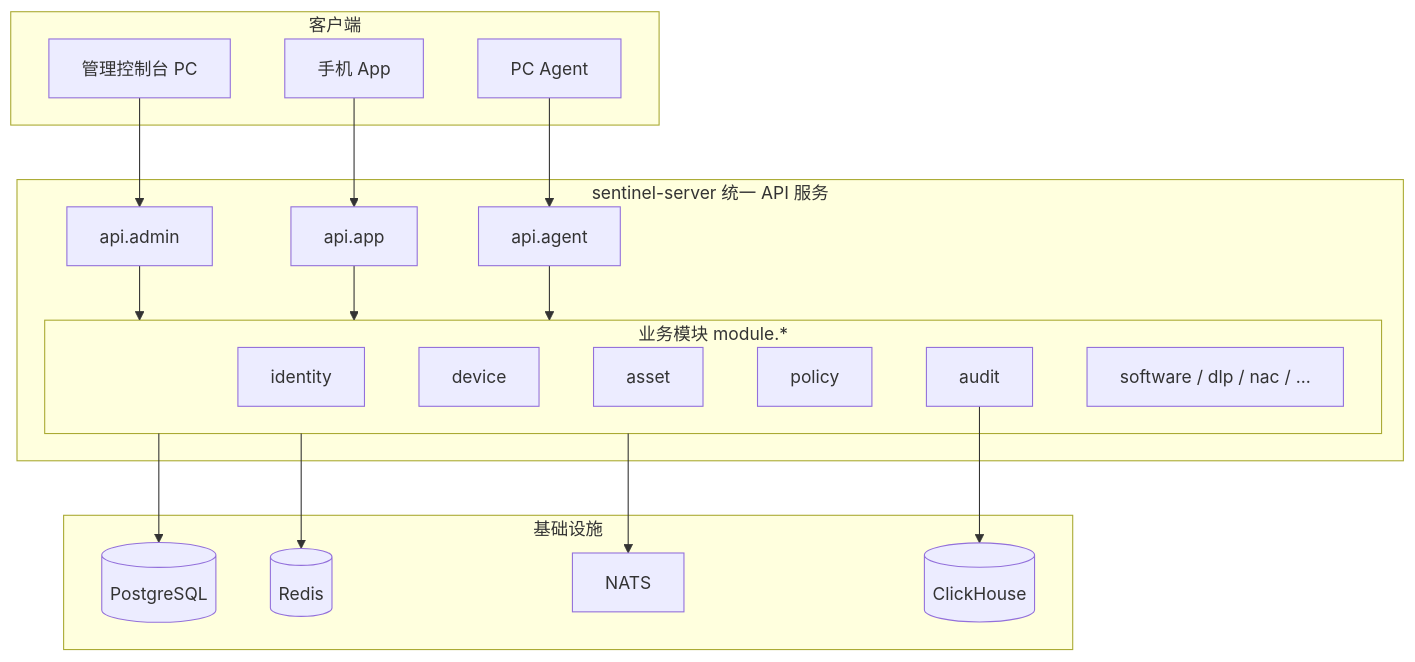
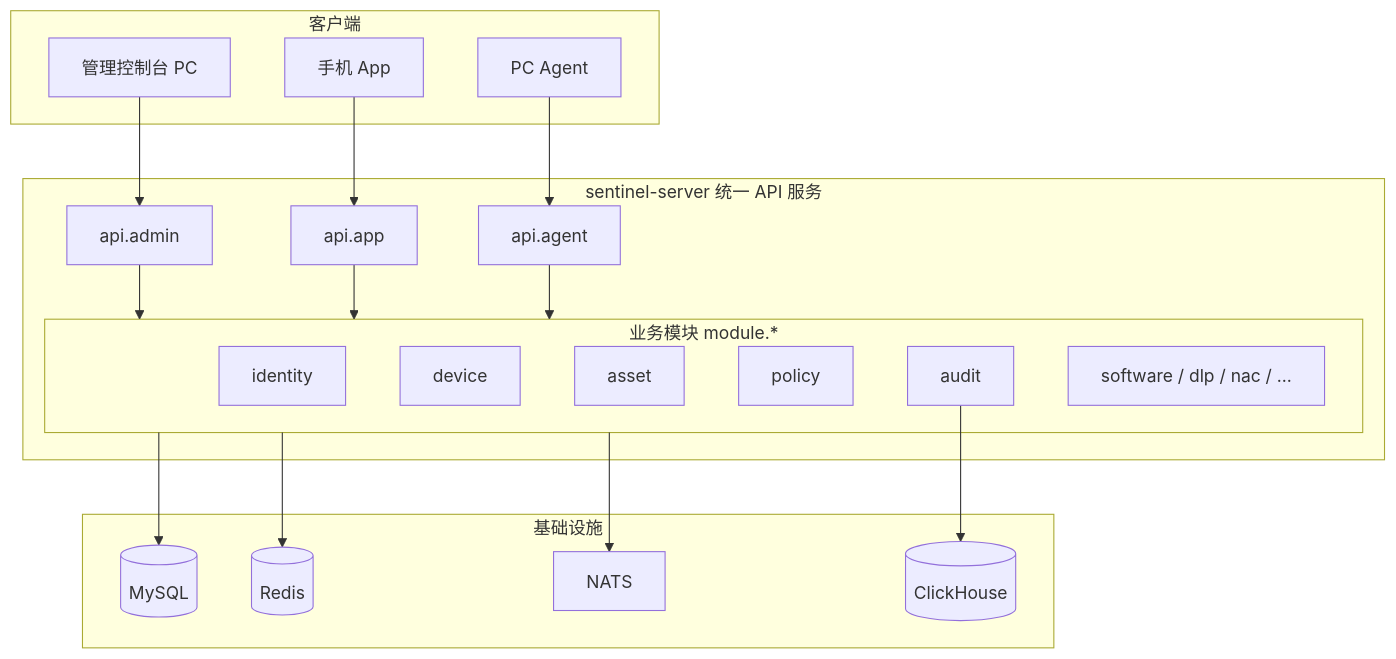
One commit to jone-code/SentinelHub changed the diagram in docs/architecture/03-system-architecture.md. Above: the diagram before and after it, drawn with Mermaid. The commit also changed other lines of this file and 12 other files, not shown here.

First line of the commit message:
refactor: switch database from PostgreSQL to MySQL 8.4

````diff
--- a/docs/architecture/03-system-architecture.md
+++ b/docs/architecture/03-system-architecture.md
@@ -71,43 +71,43 @@
 ```mermaid
 flowchart TB
     subgraph clients [客户端]
         Console[管理控制台 PC]
         MobileApp[手机 App]
         Agent[PC Agent]
     end
 
     subgraph server [sentinel-server 统一 API 服务]
         AdminAPI[api.admin]
         AppAPI[api.app]
         AgentAPI[api.agent]
 
         subgraph modules [业务模块 module.*]
             Identity[identity]
             Device[device]
             Asset[asset]
             Policy[policy]
             Audit[audit]
             Others[software / dlp / nac / ...]
         end
     end
 
     subgraph infra [基础设施]
-        PG[(PostgreSQL)]
+        MySQL[(MySQL)]
         Redis[(Redis)]
         CH[(ClickHouse)]
         NATS[NATS]
     end
 
     Console --> AdminAPI
     MobileApp --> AppAPI
     Agent --> AgentAPI
 
     AdminAPI --> modules
     AppAPI --> modules
     AgentAPI --> modules
 
-    modules --> PG
+    modules --> MySQL
     modules --> Redis
     Audit --> CH
     modules --> NATS
 ```
````
